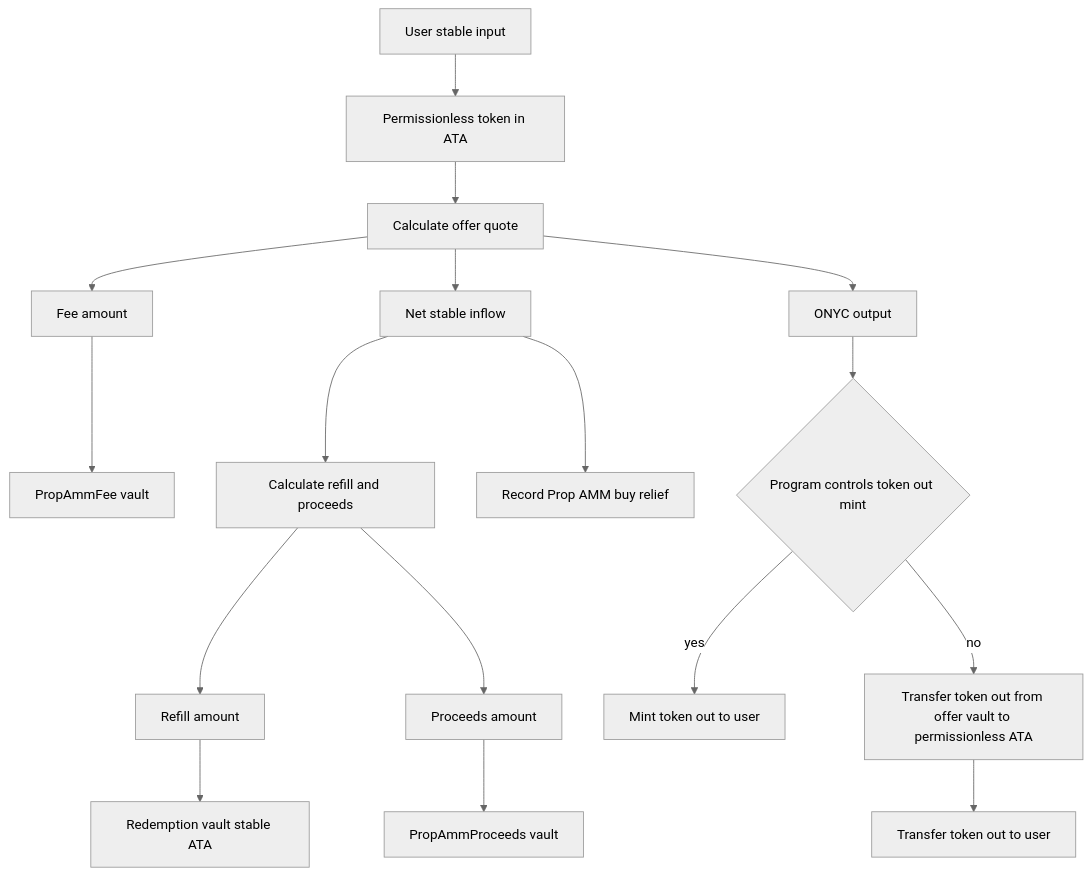
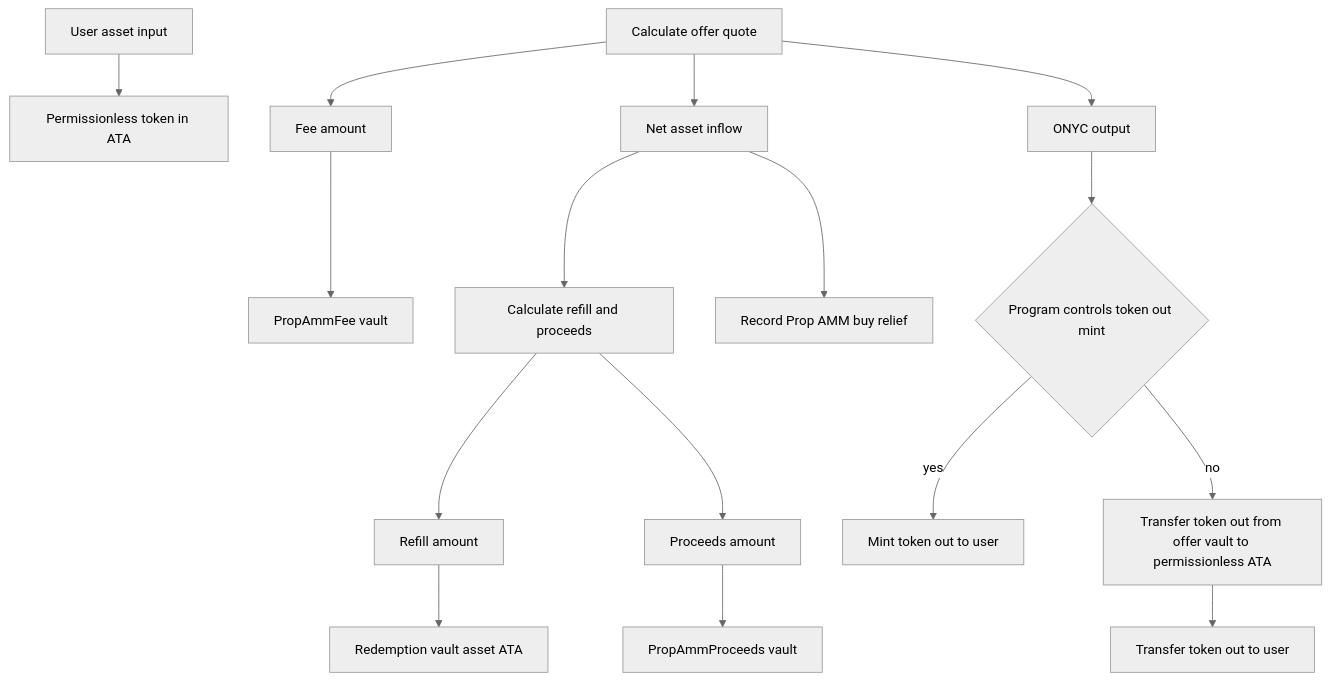
Before and after one commit to talllo/onre-sol-fuzz: the seventh of 8 diagrams in docs/TOKEN_FLOW_ROUTING.md, drawn with Mermaid (neutral theme). The commit also changed other lines of this file and 6 other files, not shown here.

````diff
--- a/docs/TOKEN_FLOW_ROUTING.md
+++ b/docs/TOKEN_FLOW_ROUTING.md
@@ -179,23 +180,22 @@
 ```mermaid
 flowchart TD
-    UserIn[User stable input] --> IntermediaryIn[Permissionless token in ATA]
-    IntermediaryIn --> Calc[Calculate offer quote]
-    Calc --> Fee[Fee amount]
-    Calc --> Net[Net stable inflow]
+    Calc[Calculate offer quote] --> Fee[Fee amount]
+    UserIn[User asset input] --> IntermediaryIn[Permissionless token in ATA]
+    Calc --> Net[Net asset inflow]
     Calc --> Out[ONYC output]
 
     Fee --> AmmFee[PropAmmFee vault]
 
     Net --> Split[Calculate refill and proceeds]
     Split --> Refill[Refill amount]
     Split --> Proceeds[Proceeds amount]
-    Refill --> RedemptionVault[Redemption vault stable ATA]
+    Refill --> RedemptionVault[Redemption vault asset ATA]
     Proceeds --> AmmProceeds[PropAmmProceeds vault]
 
     Net --> RecordBuy[Record Prop AMM buy relief]
 
     Out --> OutMintMode{Program controls token out mint}
     OutMintMode -- yes --> Mint[Mint token out to user]
     OutMintMode -- no --> VaultToIntermediary[Transfer token out from offer vault to permissionless ATA]
     VaultToIntermediary --> UserOut[Transfer token out to user]
 ```
````
